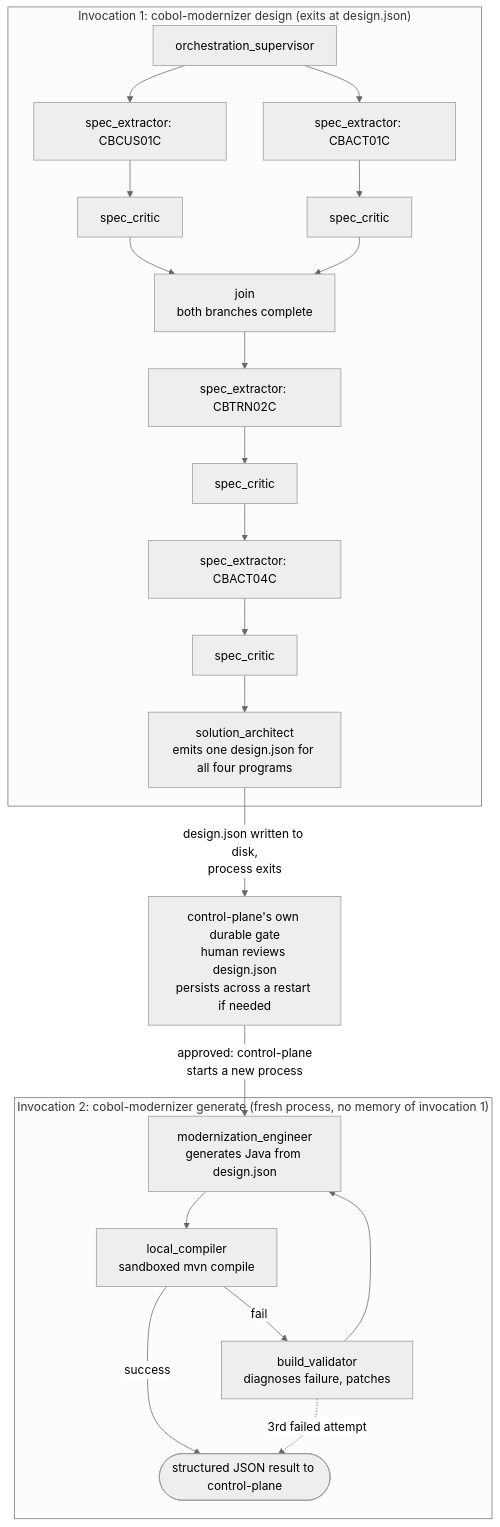
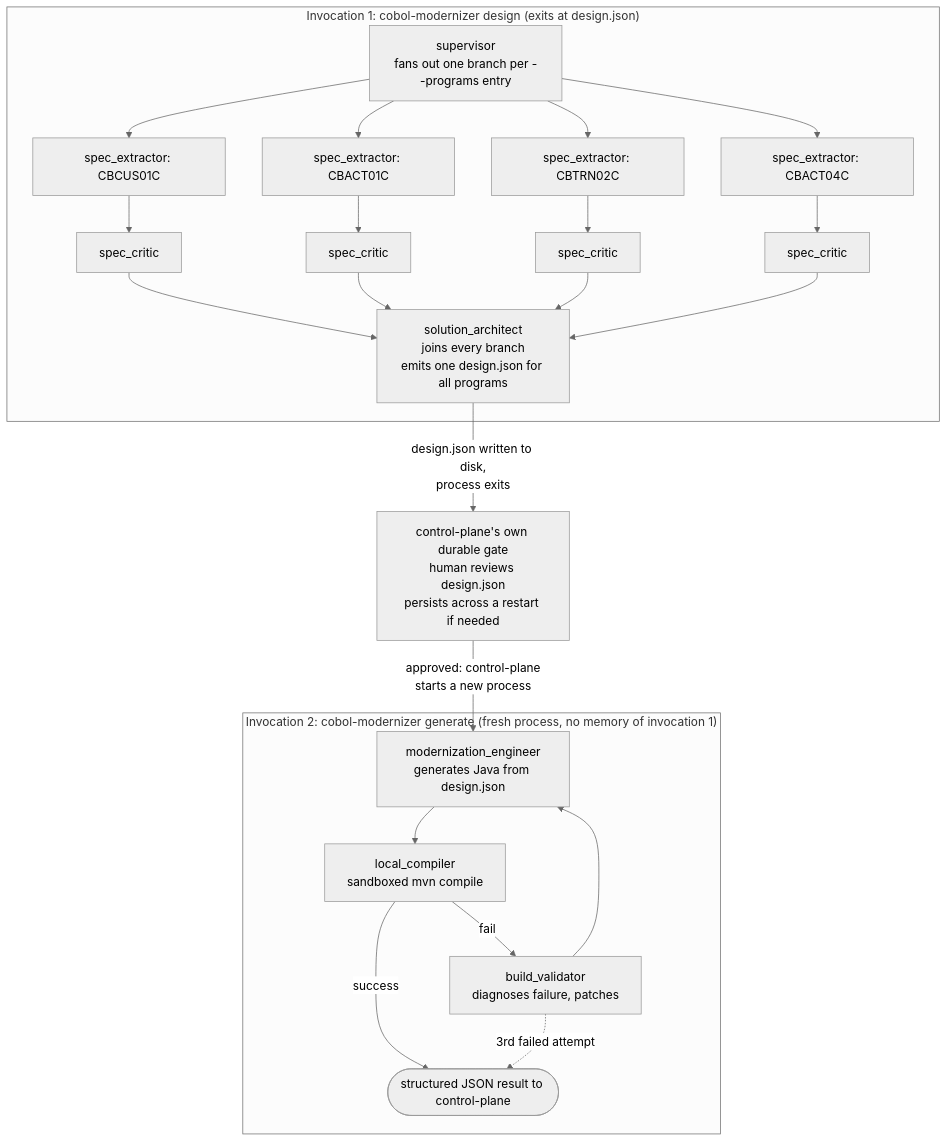
Before and after one commit to jayakumar-devaraj/agentic-sdlc-cobol-modernizer: the second of 2 diagrams in README.md, drawn with Mermaid (neutral theme). The commit also changed other lines of this file and 2 other files, not shown here.

````diff
--- a/README.md
+++ b/README.md
@@ -84,37 +85,37 @@
 ```mermaid
 flowchart TB
     subgraph phase1["Invocation 1: cobol-modernizer design (exits at design.json)"]
-        SUP1["orchestration_supervisor"]
+        SUP1["supervisor<br/>fans out one branch per --programs entry"]
         SPEC_CUS["spec_extractor: CBCUS01C"]
         SPEC_ACT["spec_extractor: CBACT01C"]
+        SPEC_TRN["spec_extractor: CBTRN02C"]
+        SPEC_INT["spec_extractor: CBACT04C"]
         CRIT_CUS["spec_critic"]
         CRIT_ACT["spec_critic"]
-        JOIN["join<br/>both branches complete"]
-        SPEC_TRN["spec_extractor: CBTRN02C"]
         CRIT_TRN["spec_critic"]
-        SPEC_INT["spec_extractor: CBACT04C"]
         CRIT_INT["spec_critic"]
-        ARCH["solution_architect<br/>emits one design.json for all four programs"]
+        ARCH["solution_architect<br/>joins every branch<br/>emits one design.json for all programs"]
 
-        SUP1 --> SPEC_CUS --> CRIT_CUS --> JOIN
-        SUP1 --> SPEC_ACT --> CRIT_ACT --> JOIN
-        JOIN --> SPEC_TRN --> CRIT_TRN --> SPEC_INT --> CRIT_INT --> ARCH
+        SUP1 --> SPEC_CUS --> CRIT_CUS --> ARCH
+        SUP1 --> SPEC_ACT --> CRIT_ACT --> ARCH
+        SUP1 --> SPEC_TRN --> CRIT_TRN --> ARCH
+        SUP1 --> SPEC_INT --> CRIT_INT --> ARCH
     end
 
     GATE["control-plane's own durable gate<br/>human reviews design.json<br/>persists across a restart if needed"]
 
     subgraph phase2["Invocation 2: cobol-modernizer generate (fresh process, no memory of invocation 1)"]
         CODE["modernization_engineer<br/>generates Java from design.json"]
         COMPILE["local_compiler<br/>sandboxed mvn compile"]
         VALID["build_validator<br/>diagnoses failure, patches"]
         DONE(["structured JSON result to control-plane"])
 
         CODE --> COMPILE
         COMPILE -->|"success"| DONE
         COMPILE -->|"fail"| VALID --> CODE
         VALID -.->|"3rd failed attempt"| DONE
     end
 
     ARCH -->|"design.json written to disk,<br/>process exits"| GATE
     GATE -->|"approved: control-plane<br/>starts a new process"| CODE
 ```
````
